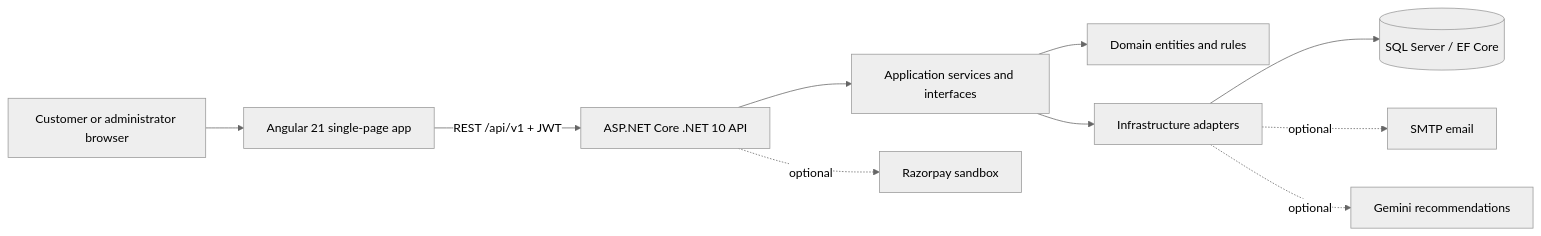
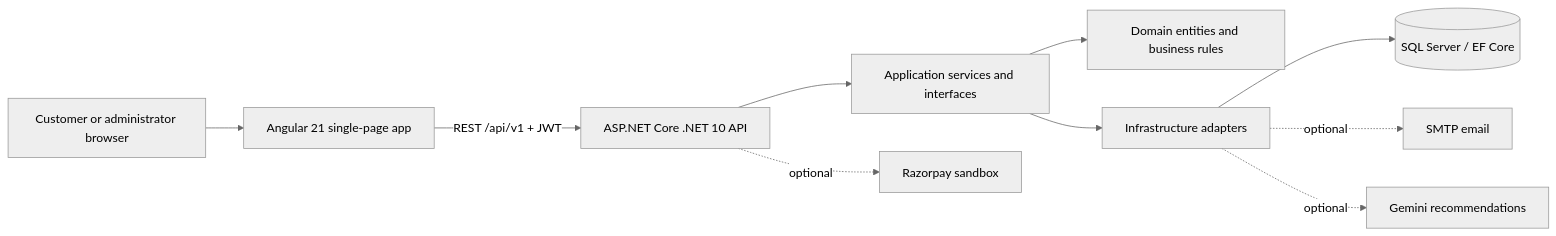
Before and after one commit to prakashinfotech/selqi: the diagram in README.md, drawn with Mermaid (neutral theme). The commit also changed other lines of this file and 13 other files, not shown here.

````diff
--- a/README.md
+++ b/README.md
@@ -7,12 +98,12 @@
 ```mermaid
 flowchart LR
     Browser["Customer or administrator browser"] --> UI["Angular 21 single-page app"]
     UI -->|"REST /api/v1 + JWT"| API["ASP.NET Core .NET 10 API"]
     API --> APP["Application services and interfaces"]
-    APP --> DOMAIN["Domain entities and rules"]
+    APP --> DOMAIN["Domain entities and business rules"]
     APP --> INFRA["Infrastructure adapters"]
     INFRA --> DB[("SQL Server / EF Core")]
     INFRA -. optional .-> EMAIL["SMTP email"]
     INFRA -. optional .-> AI["Gemini recommendations"]
     API -. optional .-> PAY["Razorpay sandbox"]
 ```
````
